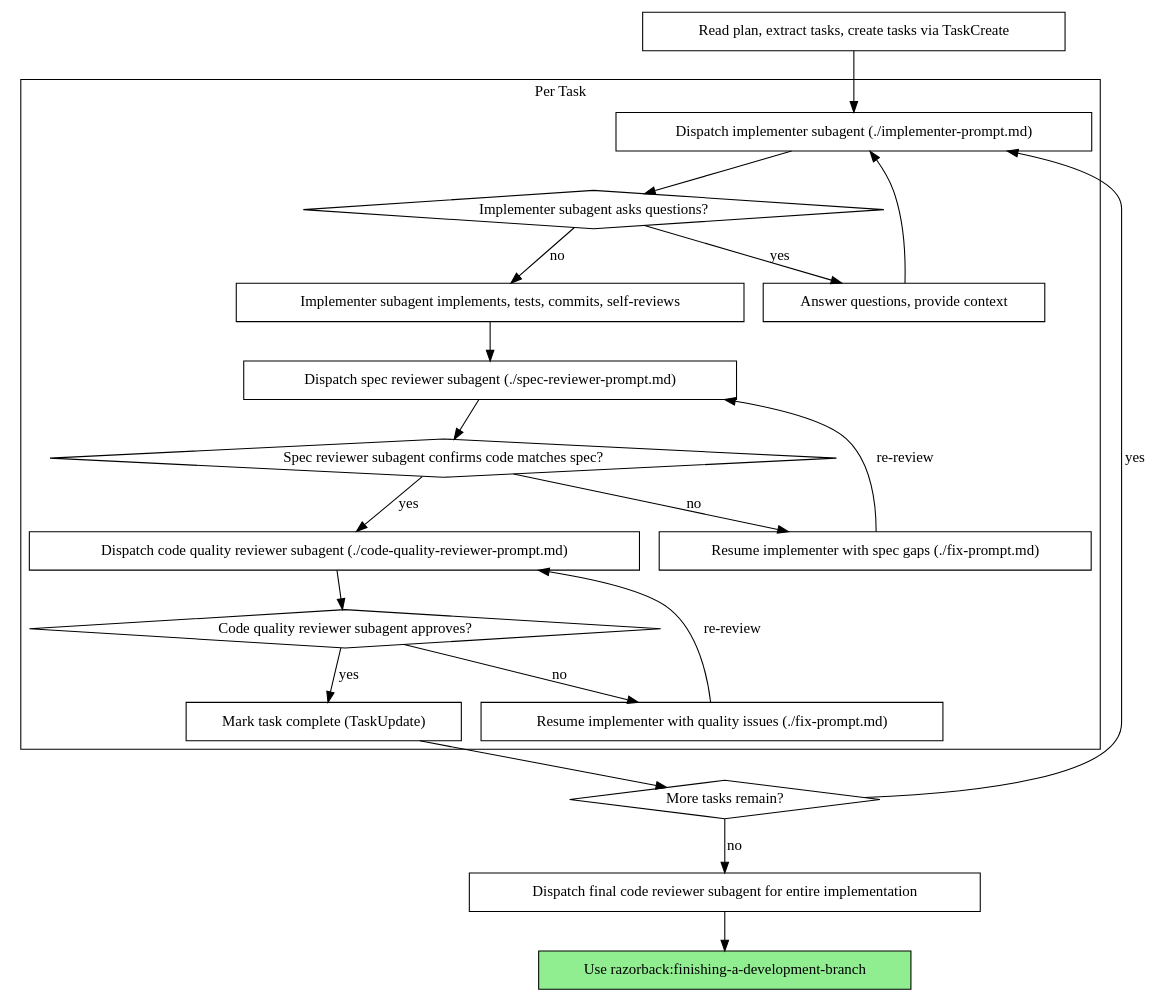
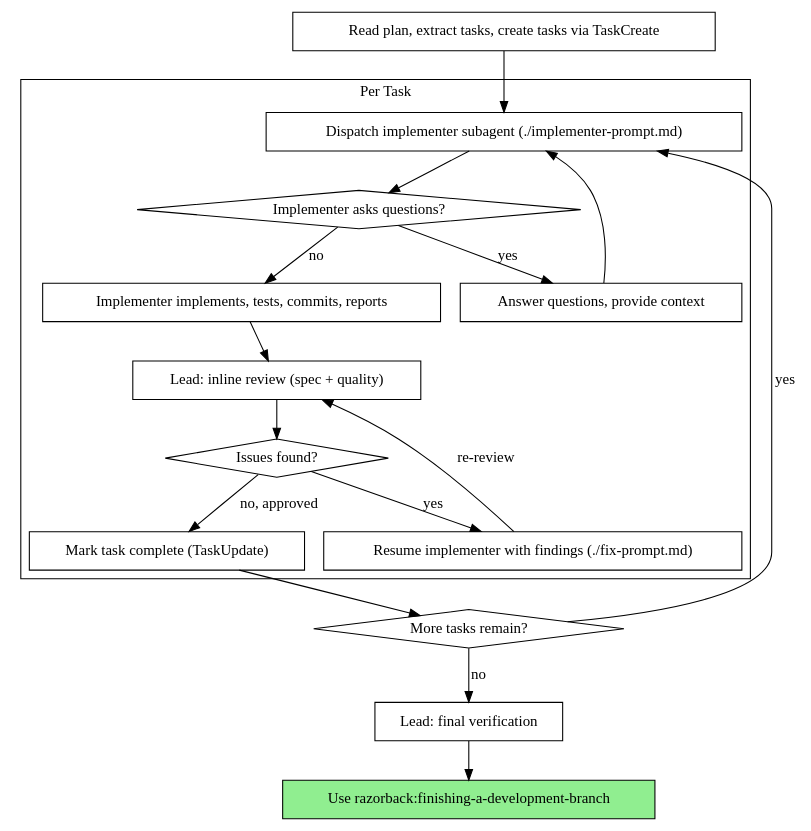
The second of 2 diagrams in skills/subagent-driven-development/SKILL.md (anortham/razorback), drawn with Graphviz before and after one commit. The commit also changed other lines of this file, not shown here.

Commit message:
feat: revive subagent-driven-development as opencode execution primary

````diff
--- a/skills/subagent-driven-development/SKILL.md
+++ b/skills/subagent-driven-development/SKILL.md
@@ -52,44 +44,37 @@
 ```dot
 digraph process {
     rankdir=TB;
 
     subgraph cluster_per_task {
         label="Per Task";
         "Dispatch implementer subagent (./implementer-prompt.md)" [shape=box];
-        "Implementer subagent asks questions?" [shape=diamond];
+        "Implementer asks questions?" [shape=diamond];
         "Answer questions, provide context" [shape=box];
-        "Implementer subagent implements, tests, commits, self-reviews" [shape=box];
-        "Dispatch spec reviewer subagent (./spec-reviewer-prompt.md)" [shape=box];
-        "Spec reviewer subagent confirms code matches spec?" [shape=diamond];
-        "Resume implementer with spec gaps (./fix-prompt.md)" [shape=box];
-        "Dispatch code quality reviewer subagent (./code-quality-reviewer-prompt.md)" [shape=box];
-        "Code quality reviewer subagent approves?" [shape=diamond];
-        "Resume implementer with quality issues (./fix-prompt.md)" [shape=box];
+        "Implementer implements, tests, commits, reports" [shape=box];
+        "Lead: inline review (spec + quality)" [shape=box];
+        "Issues found?" [shape=diamond];
+        "Resume implementer with findings (./fix-prompt.md)" [shape=box];
         "Mark task complete (TaskUpdate)" [shape=box];
     }
 
     "Read plan, extract tasks, create tasks via TaskCreate" [shape=box];
     "More tasks remain?" [shape=diamond];
-    "Dispatch final code reviewer subagent for entire implementation" [shape=box];
+    "Lead: final verification" [shape=box];
     "Use razorback:finishing-a-development-branch" [shape=box style=filled fillcolor=lightgreen];
 
     "Read plan, extract tasks, create tasks via TaskCreate" -> "Dispatch implementer subagent (./implementer-prompt.md)";
-    "Dispatch implementer subagent (./implementer-prompt.md)" -> "Implementer subagent asks questions?";
-    "Implementer subagent asks questions?" -> "Answer questions, provide context" [label="yes"];
+    "Dispatch implementer subagent (./implementer-prompt.md)" -> "Implementer asks questions?";
+    "Implementer asks questions?" -> "Answer questions, provide context" [label="yes"];
     "Answer questions, provide context" -> "Dispatch implementer subagent (./implementer-prompt.md)";
-    "Implementer subagent asks questions?" -> "Implementer subagent implements, tests, commits, self-reviews" [label="no"];
-    "Implementer subagent implements, tests, commits, self-reviews" -> "Dispatch spec reviewer subagent (./spec-reviewer-prompt.md)";
-    "Dispatch spec reviewer subagent (./spec-reviewer-prompt.md)" -> "Spec reviewer subagent confirms code matches spec?";
-    "Spec reviewer subagent confirms code matches spec?" -> "Resume implementer with spec gaps (./fix-prompt.md)" [label="no"];
-    "Resume implementer with spec gaps (./fix-prompt.md)" -> "Dispatch spec reviewer subagent (./spec-reviewer-prompt.md)" [label="re-review"];
-    "Spec reviewer subagent confirms code matches spec?" -> "Dispatch code quality reviewer subagent (./code-quality-reviewer-prompt.md)" [label="yes"];
-    "Dispatch code quality reviewer subagent (./code-quality-reviewer-prompt.md)" -> "Code quality reviewer subagent approves?";
-    "Code quality reviewer subagent approves?" -> "Resume implementer with quality issues (./fix-prompt.md)" [label="no"];
-    "Resume implementer with quality issues (./fix-prompt.md)" -> "Dispatch code quality reviewer subagent (./code-quality-reviewer-prompt.md)" [label="re-review"];
-    "Code quality reviewer subagent approves?" -> "Mark task complete (TaskUpdate)" [label="yes"];
+    "Implementer asks questions?" -> "Implementer implements, tests, commits, reports" [label="no"];
+    "Implementer implements, tests, commits, reports" -> "Lead: inline review (spec + quality)";
+    "Lead: inline review (spec + quality)" -> "Issues found?";
+    "Issues found?" -> "Resume implementer with findings (./fix-prompt.md)" [label="yes"];
+    "Resume implementer with findings (./fix-prompt.md)" -> "Lead: inline review (spec + quality)" [label="re-review"];
+    "Issues found?" -> "Mark task complete (TaskUpdate)" [label="no, approved"];
     "Mark task complete (TaskUpdate)" -> "More tasks remain?";
     "More tasks remain?" -> "Dispatch implementer subagent (./implementer-prompt.md)" [label="yes"];
-    "More tasks remain?" -> "Dispatch final code reviewer subagent for entire implementation" [label="no"];
-    "Dispatch final code reviewer subagent for entire implementation" -> "Use razorback:finishing-a-development-branch";
+    "More tasks remain?" -> "Lead: final verification" [label="no"];
+    "Lead: final verification" -> "Use razorback:finishing-a-development-branch";
 }
 ```
````
